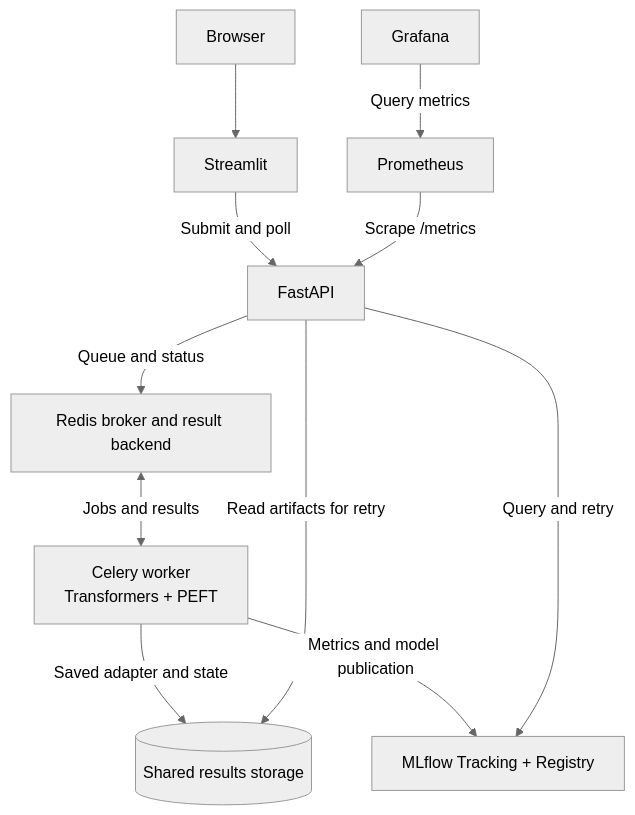
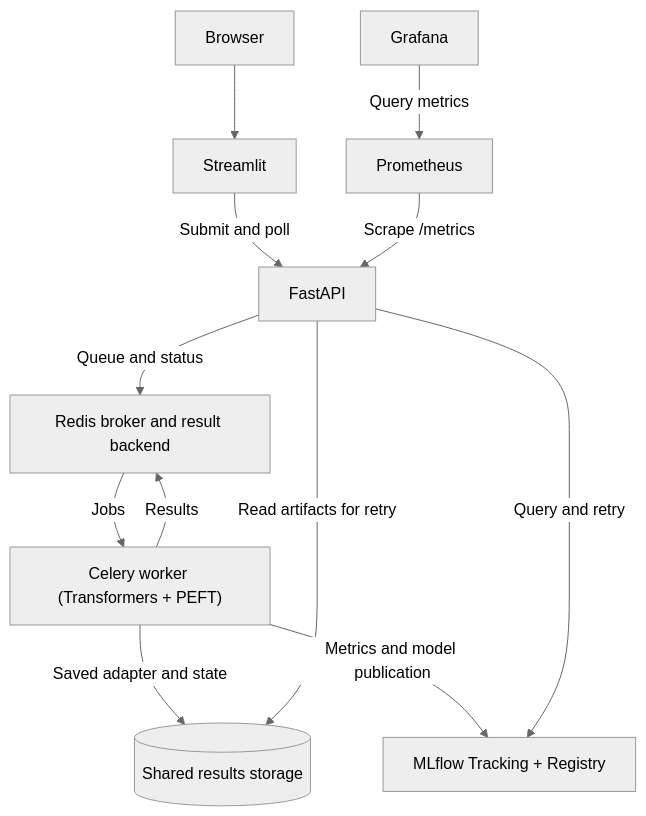
One commit to pei9564/lora-finetune-platform changed the diagram in README.md. Above: the diagram before and after it, drawn with Mermaid (neutral theme). The commit also changed other lines of this file and 3 other files, not shown here.

````diff
--- a/README.md
+++ b/README.md
@@ -32,13 +32,14 @@
 ```mermaid
 flowchart TB
     User["Browser"] --> UI["Streamlit"]
     UI -->|"Submit and poll"| API["FastAPI"]
     API -->|"Queue and status"| Redis["Redis broker and result backend"]
-    Redis <-->|"Jobs and results"| Worker["Celery worker<br/>Transformers + PEFT"]
-    Worker -->|"Saved adapter and state"| Results[("Shared results storage")]
+    Redis -->|Jobs| Worker["Celery worker (Transformers + PEFT)"]
+    Worker -->|Results| Redis
+    Worker -->|"Saved adapter and state"| Results[(Shared results storage)]
     Worker -->|"Metrics and model publication"| MLflow["MLflow Tracking + Registry"]
     API -->|"Read artifacts for retry"| Results
     API -->|"Query and retry"| MLflow
     Prometheus -->|"Scrape /metrics"| API
     Grafana -->|"Query metrics"| Prometheus
 ```
````
